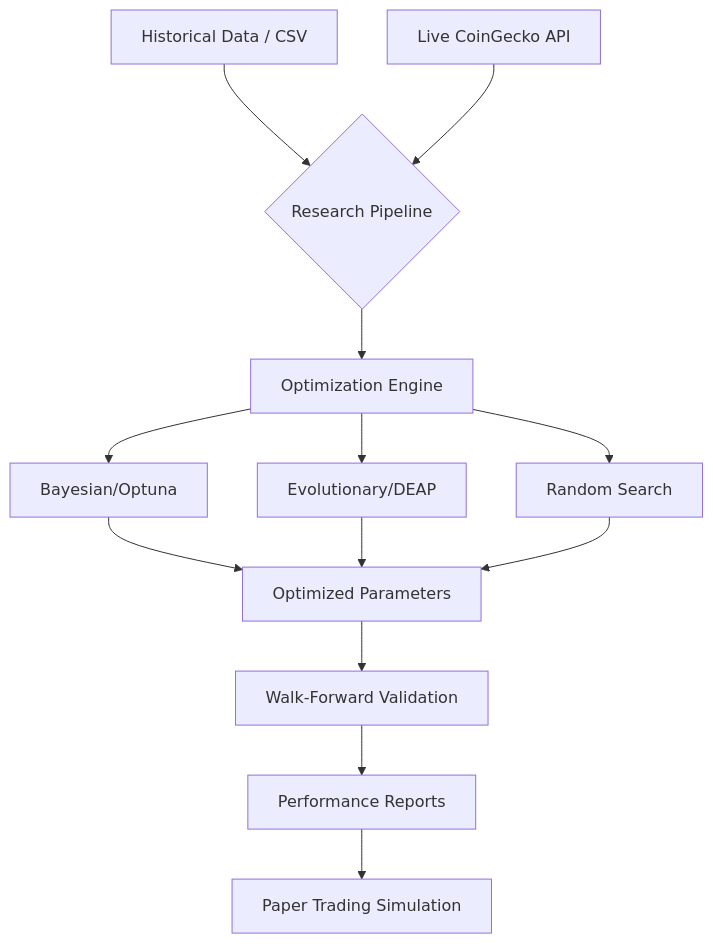
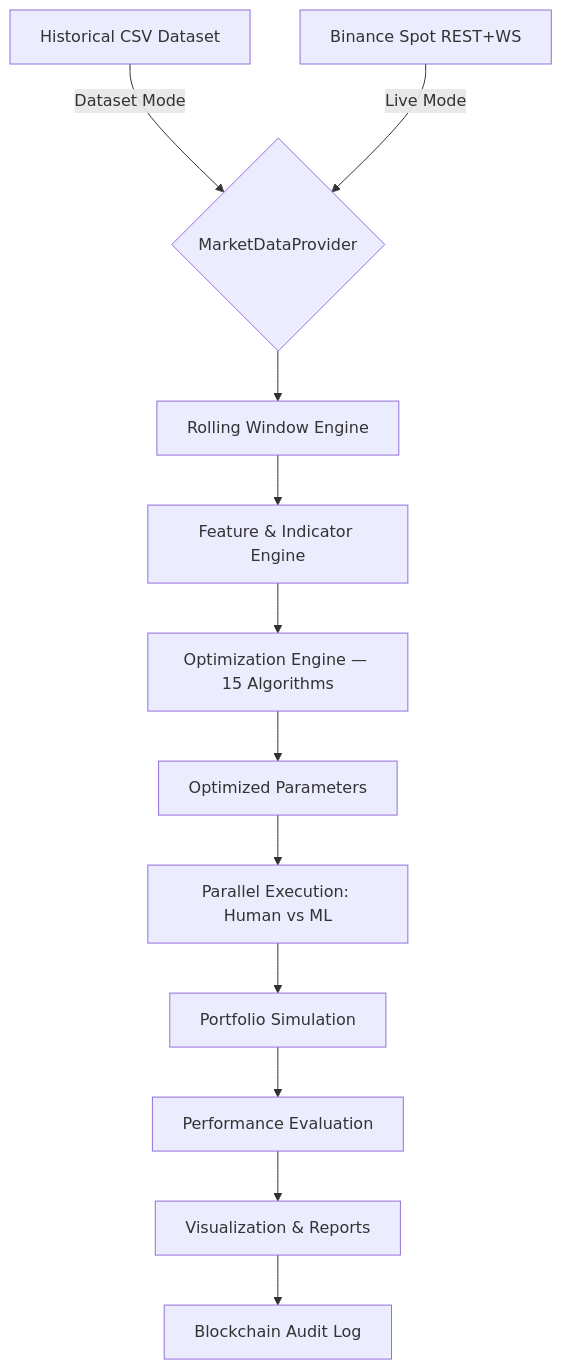
The diagram in README.md (Shah-Aaryan/Major), drawn with Mermaid before and after one commit. The commit also changed other lines of this file and 5 other files, not shown here.

Commit message:
CoinGecko

````diff
--- a/README.md
+++ b/README.md
@@ -37,13 +40,14 @@
 ```mermaid
 graph TD
-    A[Historical Data / CSV] --> B{Research Pipeline}
-    L[Live CoinGecko API] --> B
-    B --> C[Optimization Engine]
-    C --> D[Bayesian/Optuna]
-    C --> E[Evolutionary/DEAP]
-    C --> F[Random Search]
-    D & E & F --> G[Optimized Parameters]
-    G --> H[Walk-Forward Validation]
-    H --> I[Performance Reports]
-    I --> J[Paper Trading Simulation]
+    A[Historical CSV Dataset] -->|Dataset Mode| B{MarketDataProvider}
+    L[Binance Spot REST+WS] -->|Live Mode| B
+    B --> C[Rolling Window Engine]
+    C --> D[Feature & Indicator Engine]
+    D --> E[Optimization Engine — 15 Algorithms]
+    E --> F[Optimized Parameters]
+    F --> G[Parallel Execution: Human vs ML]
+    G --> H[Portfolio Simulation]
+    H --> I[Performance Evaluation]
+    I --> J[Visualization & Reports]
+    J --> K[Blockchain Audit Log]
 ```
````
